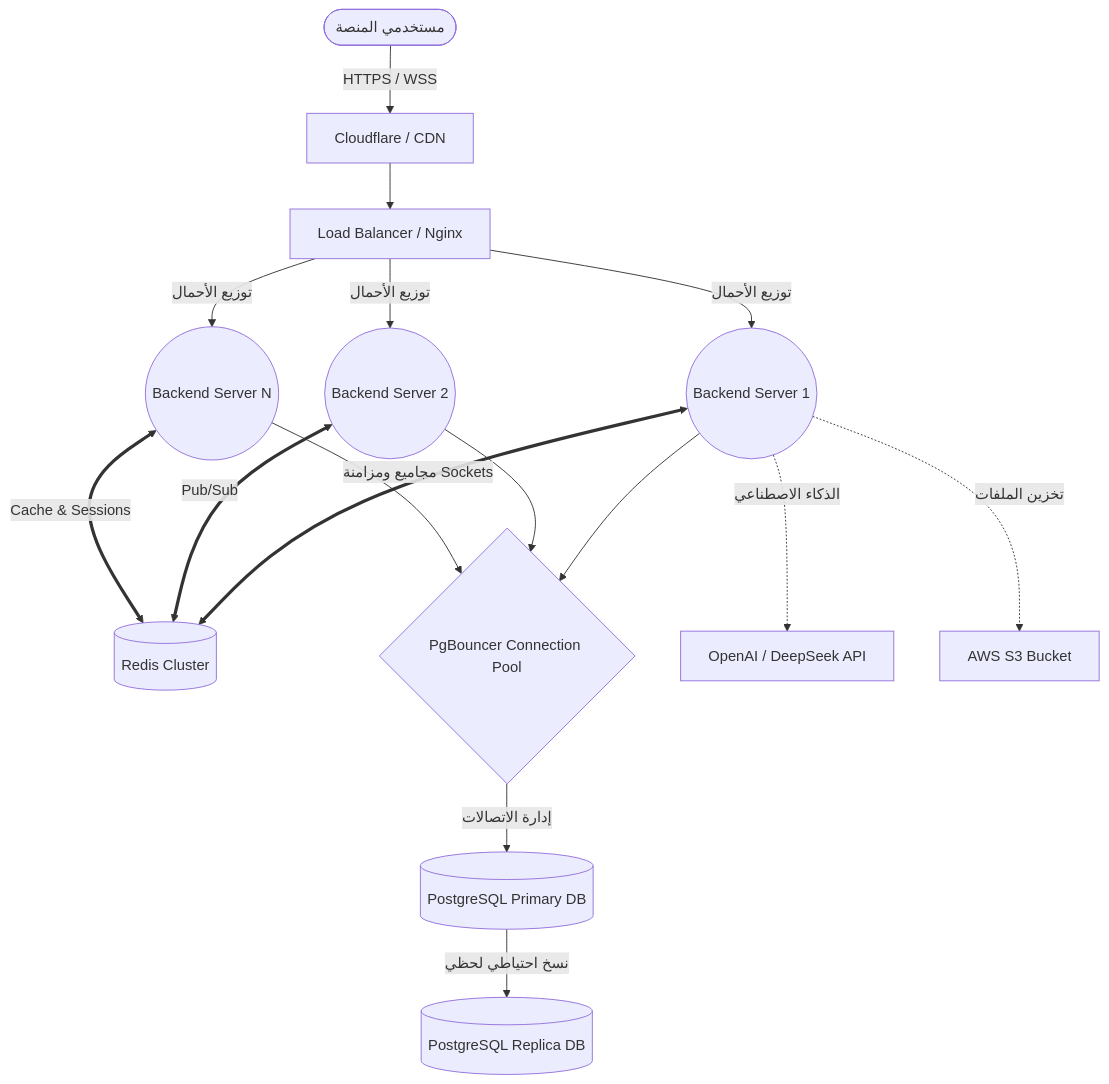
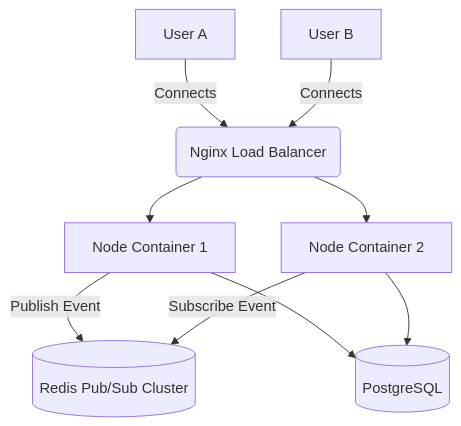
Before and after one commit to safwetshazly-stack/scs-2: the second of 3 diagrams in README.md, drawn with Mermaid. The commit also changed other lines of this file and 24 other files, not shown here.

````diff
--- a/README.md
+++ b/README.md
@@ -43,23 +47,11 @@
 ```mermaid
 graph TD
-    User([مستخدمي المنصة]) -->|HTTPS / WSS| CDN[Cloudflare / CDN]
-    CDN --> LB[Load Balancer / Nginx]
-    
-    LB -->|توزيع الأحمال| Node1((Backend Server 1))
-    LB -->|توزيع الأحمال| Node2((Backend Server 2))
-    LB -->|توزيع الأحمال| NodeN((Backend Server N))
-    
-    Node1 <==>|مجاميع ومزامنة Sockets| Redis[(Redis Cluster)]
-    Node2 <==>|Pub/Sub| Redis
-    NodeN <==>|Cache & Sessions| Redis
-    
-    Node1 --> PgBouncer
-    Node2 --> PgBouncer
-    NodeN --> PgBouncer
-    
-    PgBouncer{PgBouncer Connection Pool} -->|إدارة الاتصالات| PrimaryDB[(PostgreSQL Primary DB)]
-    PrimaryDB -->|نسخ احتياطي لحظي| ReplicaDB[(PostgreSQL Replica DB)]
-    
-    Node1 -.->|الذكاء الاصطناعي| OpenAI[OpenAI / DeepSeek API]
-    Node1 -.->|تخزين الملفات| S3[AWS S3 Bucket]
+    A[User A] -->|Connects| LB(Nginx Load Balancer)
+    B[User B] -->|Connects| LB
+    LB --> Node1[Node Container 1]
+    LB --> Node2[Node Container 2]
+    Node1 -->|Publish Event| Redis[(Redis Pub/Sub Cluster)]
+    Node2 -->|Subscribe Event| Redis
+    Node1 --> DB[(PostgreSQL)]
+    Node2 --> DB
 ```
````
